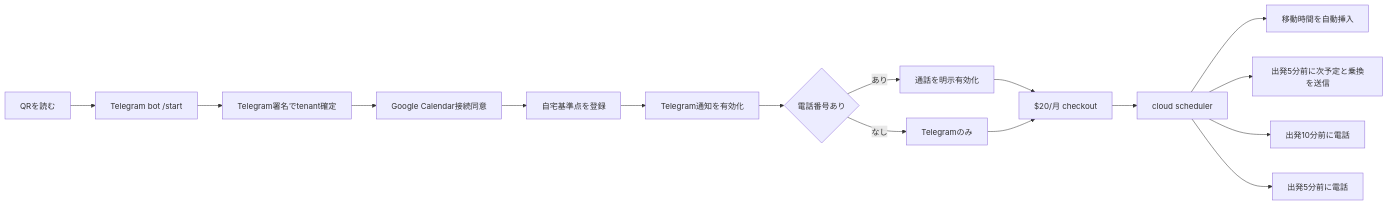
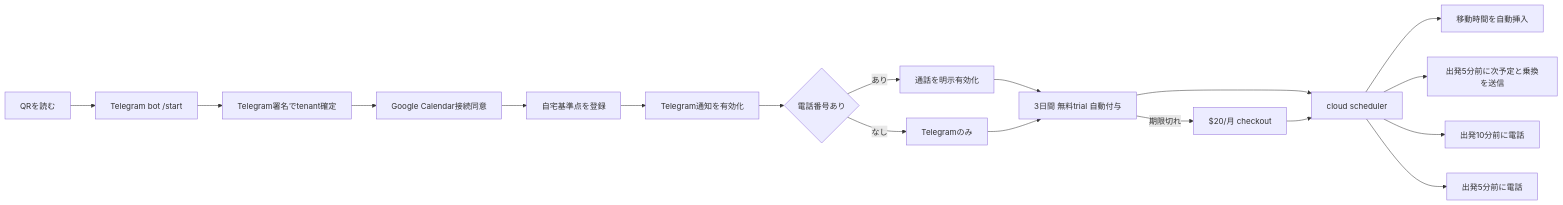
The diagram in docs/superpowers/specs/2026-08-26-life-manager-cloud-on-time-core-design.md (Daisuke134/anicca), drawn with Mermaid before and after one commit. The commit also changed other lines of this file, not shown here.

First line of the commit message:
docs(life-manager): trial-first payment revision per Dais 2026-08-27

````diff
--- a/docs/superpowers/specs/2026-08-26-life-manager-cloud-on-time-core-design.md
+++ b/docs/superpowers/specs/2026-08-26-life-manager-cloud-on-time-core-design.md
@@ -33,18 +33,19 @@
 ```mermaid
 flowchart LR
   QR[QRを読む] --> TG[Telegram bot /start]
   TG --> ID[Telegram署名でtenant確定]
   ID --> GC[Google Calendar接続同意]
   GC --> BASE[自宅基準点を登録]
   BASE --> PREF[Telegram通知を有効化]
   PREF --> PHONE{電話番号あり}
   PHONE -->|あり| CALL[通話を明示有効化]
   PHONE -->|なし| CHAT[Telegramのみ]
-  CALL --> PAY[$20/月 checkout]
-  CHAT --> PAY
-  PAY --> RUN[cloud scheduler]
+  CALL --> TRIAL[3日間 無料trial 自動付与]
+  CHAT --> TRIAL
+  TRIAL --> RUN[cloud scheduler]
+  TRIAL -->|期限切れ| PAY[$20/月 checkout] --> RUN
   RUN --> FILL[移動時間を自動挿入]
   RUN --> T5[出発5分前に次予定と乗換を送信]
   RUN --> T10C[出発10分前に電話]
   RUN --> T5C[出発5分前に電話]
 ```
````
